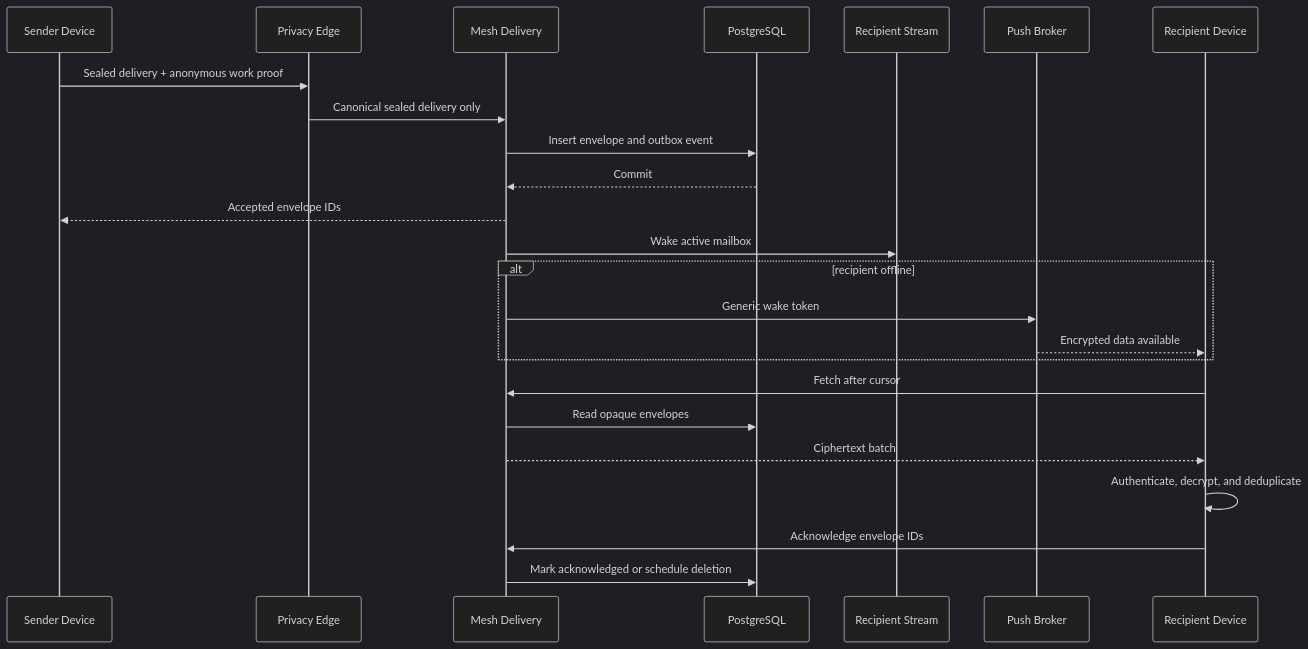
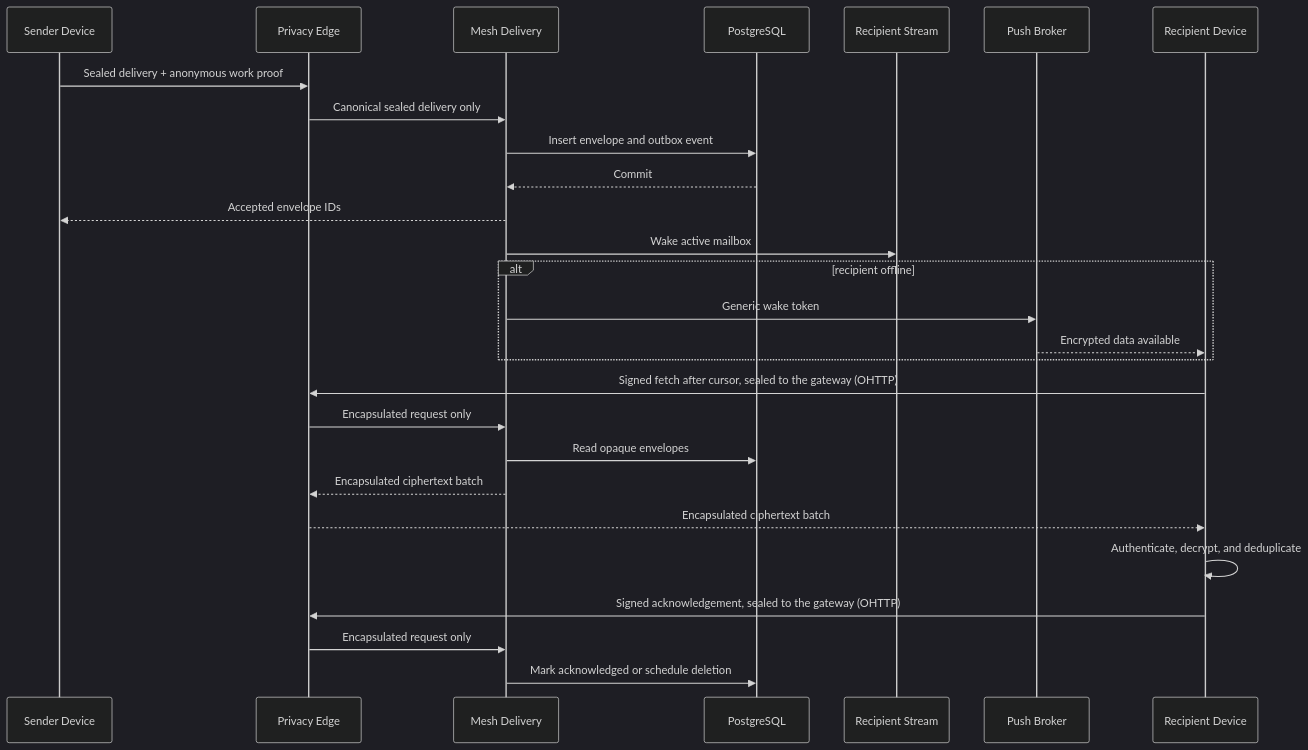
One commit to snowdamiz/whatsdown changed the second of 2 diagrams in mesh-private-messenger/protocol/data-flow.md. Above: the diagram before and after it, drawn with Mermaid (dark theme). The commit also changed other lines of this file and 915 other files, not shown here.

````diff
--- a/mesh-private-messenger/protocol/data-flow.md
+++ b/mesh-private-messenger/protocol/data-flow.md
@@ -73,27 +73,30 @@
 ```mermaid
 sequenceDiagram
   participant Sender as Sender Device
   participant Edge as Privacy Edge
   participant Delivery as Mesh Delivery
   participant DB as PostgreSQL
   participant Stream as Recipient Stream
   participant Push as Push Broker
   participant Recipient as Recipient Device
 
   Sender->>Edge: Sealed delivery + anonymous work proof
   Edge->>Delivery: Canonical sealed delivery only
   Delivery->>DB: Insert envelope and outbox event
   DB-->>Delivery: Commit
   Delivery-->>Sender: Accepted envelope IDs
   Delivery->>Stream: Wake active mailbox
   alt recipient offline
     Delivery->>Push: Generic wake token
     Push-->>Recipient: Encrypted data available
   end
-  Recipient->>Delivery: Fetch after cursor
+  Recipient->>Edge: Signed fetch after cursor, sealed to the gateway (OHTTP)
+  Edge->>Delivery: Encapsulated request only
   Delivery->>DB: Read opaque envelopes
-  Delivery-->>Recipient: Ciphertext batch
+  Delivery-->>Edge: Encapsulated ciphertext batch
+  Edge-->>Recipient: Encapsulated ciphertext batch
   Recipient->>Recipient: Authenticate, decrypt, and deduplicate
-  Recipient->>Delivery: Acknowledge envelope IDs
+  Recipient->>Edge: Signed acknowledgement, sealed to the gateway (OHTTP)
+  Edge->>Delivery: Encapsulated request only
   Delivery->>DB: Mark acknowledged or schedule deletion
 ```
````
